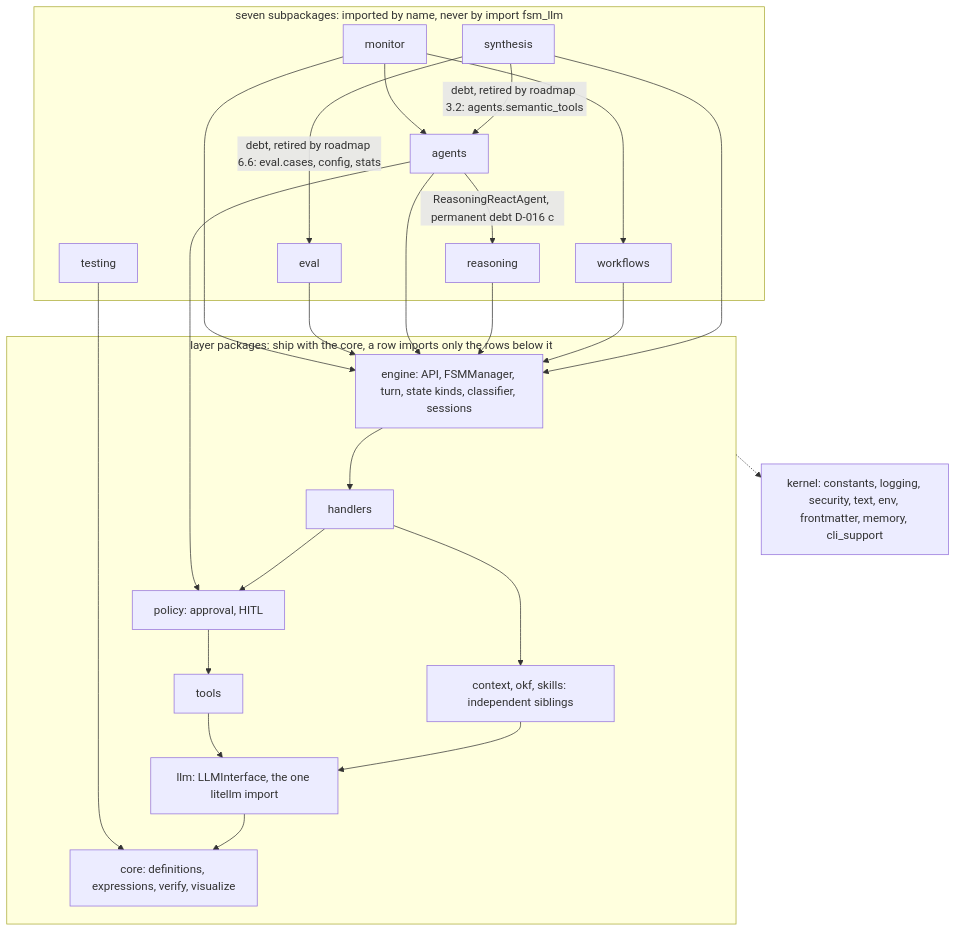
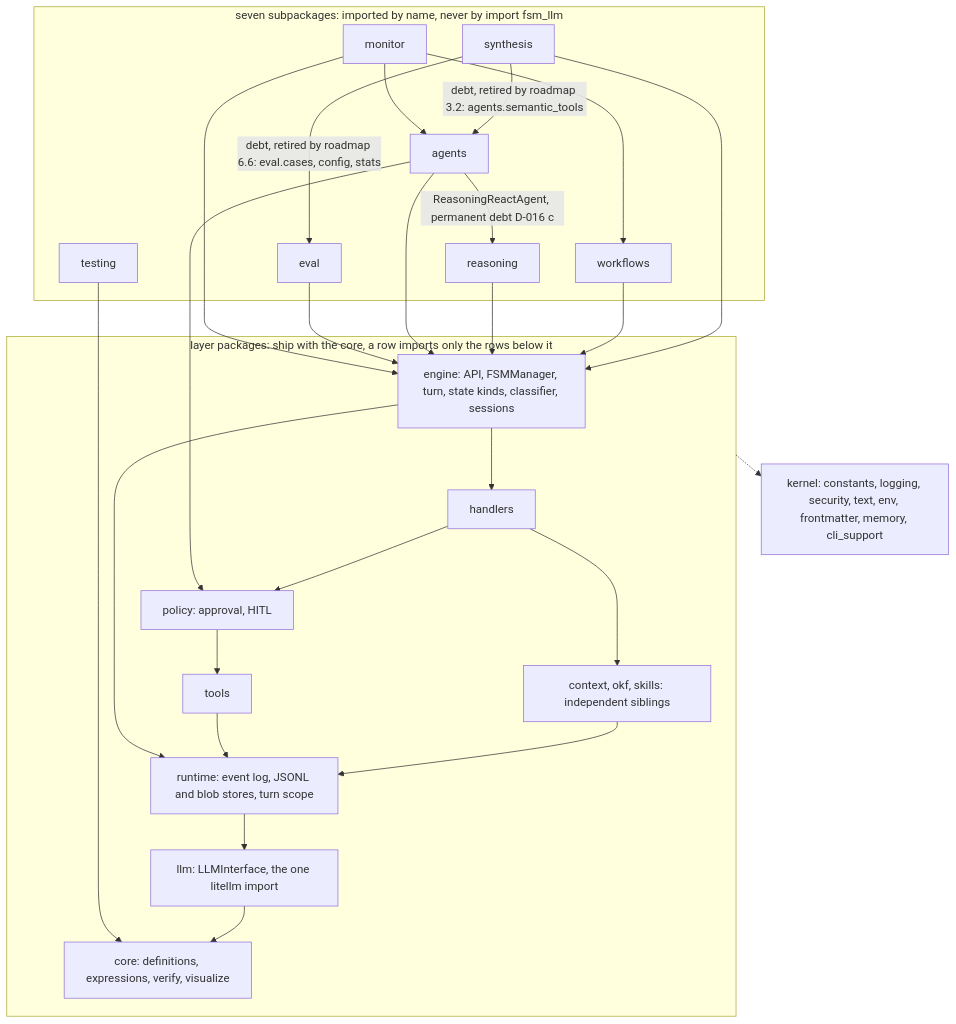
Before and after one commit to NikolasMarkou/fsm_llm: the diagram in AGENTS.md, drawn with Mermaid. The commit also changed other lines of this file and 7 other files, not shown here.

Commit message:
[plan-2026-11-17-21e6f00d/iter-1/step-13] docs(runtime): CHANGELOG entry and known limits of the event log, runtime in the layer docs and the API reference, manifest lines for the D-002, D-008, D-009 and D-011 anchors

````diff
--- a/AGENTS.md
+++ b/AGENTS.md
@@ -15,43 +15,46 @@
 ```mermaid
 flowchart TD
     subgraph sub[seven subpackages: imported by name, never by import fsm_llm]
         monitor[monitor]
         eval[eval]
         agents[agents]
         synthesis[synthesis]
         workflows[workflows]
         reasoning[reasoning]
         testing[testing]
     end
     subgraph layers[layer packages: ship with the core, a row imports only the rows below it]
         engine[engine: API, FSMManager, turn, state kinds, classifier, sessions]
         handlers[handlers]
         policy[policy: approval, HITL]
         tools[tools]
         siblings[context, okf, skills: independent siblings]
+        runtime[runtime: event log, JSONL and blob stores, turn scope]
         llm[llm: LLMInterface, the one litellm import]
         core[core: definitions, expressions, verify, visualize]
     end
     kernel[kernel: constants, logging, security, text, env, frontmatter, memory, cli_support]
     monitor --> agents
     monitor --> workflows
     monitor --> engine
     eval --> engine
     agents --> engine
     agents -- ReasoningReactAgent, permanent debt D-016 c --> reasoning
     reasoning --> engine
     workflows --> engine
     synthesis --> engine
     synthesis -- debt, retired by roadmap 3.2: agents.semantic_tools --> agents
     synthesis -- debt, retired by roadmap 6.6: eval.cases, config, stats --> eval
     testing --> core
     agents --> policy
     engine --> handlers
+    engine --> runtime
     handlers --> policy
     handlers --> siblings
     policy --> tools
-    tools --> llm
-    siblings --> llm
+    tools --> runtime
+    siblings --> runtime
+    runtime --> llm
     llm --> core
     layers -.-> kernel
 ```
````
